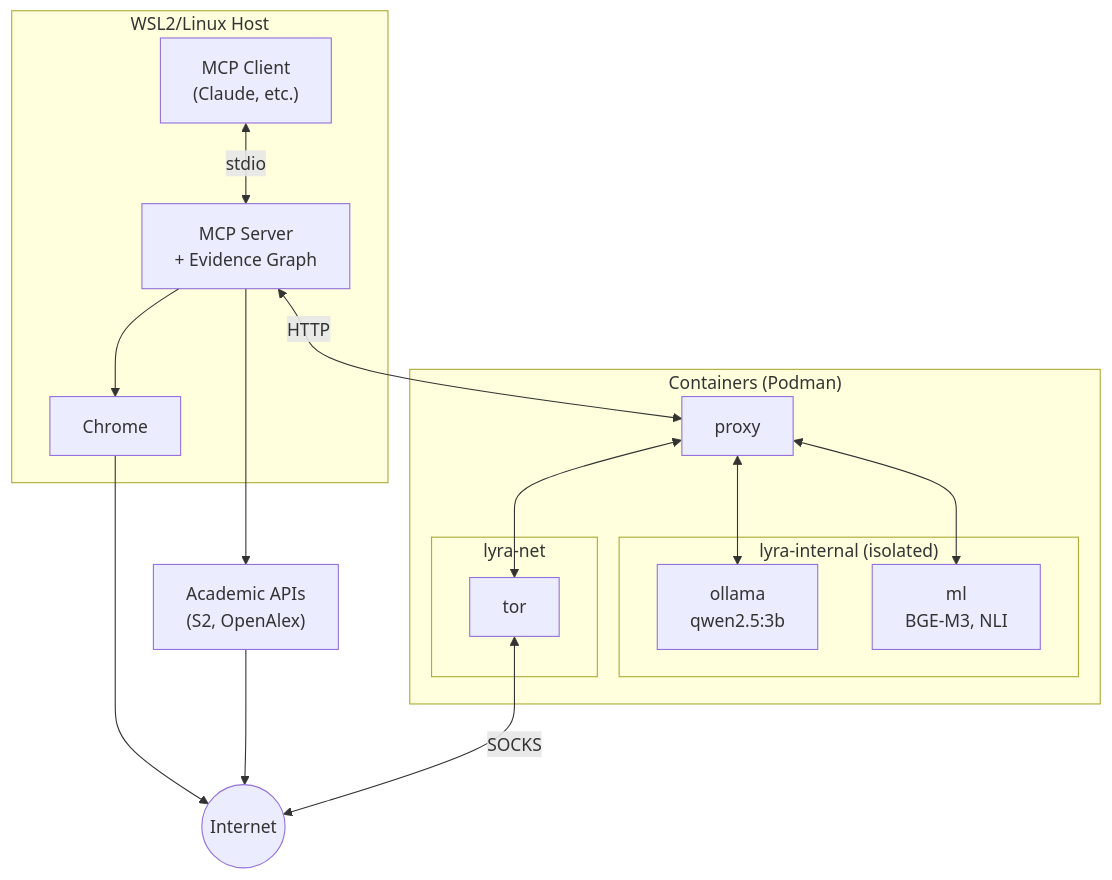
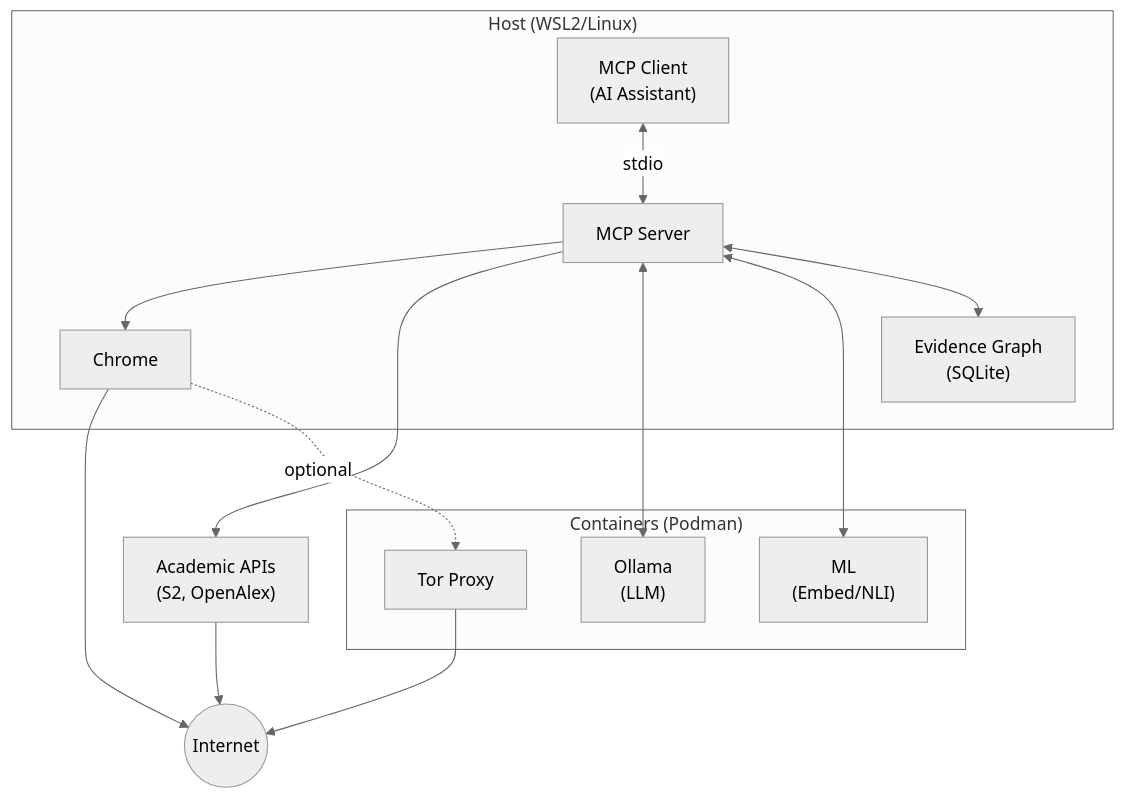
The diagram in docs/figures/figure1-architecture.mmd (k-shibuki/lyra), drawn with Mermaid before and after one commit. The commit also changed 14 other files, not shown here.

First line of the commit message:
docs: update architecture diagrams and documentation

```diff
--- a/docs/figures/figure1-architecture.mmd
+++ b/docs/figures/figure1-architecture.mmd
@@ -1,28 +1,28 @@
+%%{init: {'theme': 'neutral'}}%%
 flowchart TB
-    subgraph Host["WSL2/Linux Host"]
-        MCP["MCP Client<br/>(Claude, etc.)"]
-        Server["MCP Server<br/>+ Evidence Graph"]
+    subgraph Host["Host (WSL2/Linux)"]
+        MCP["MCP Client<br/>(AI Assistant)"]
+        Server["MCP Server"]
+        Graph["Evidence Graph<br/>(SQLite)"]
         Chrome["Chrome"]
     end
+
     subgraph Containers["Containers (Podman)"]
-        subgraph lyra-internal["lyra-internal (isolated)"]
-            Ollama["ollama<br/>qwen2.5:3b"]
-            ML["ml<br/>BGE-M3, NLI"]
-        end
-        Proxy["proxy"]
-        subgraph lyra-net["lyra-net"]
-            Tor["tor"]
-        end
+        Ollama["Ollama<br/>(LLM)"]
+        ML["ML<br/>(Embed/NLI)"]
+        Tor["Tor Proxy"]
     end
+
     Internet((Internet))
     Academic["Academic APIs<br/>(S2, OpenAlex)"]
+
     MCP <-->|stdio| Server
     Server --> Chrome
     Server --> Academic
     Chrome --> Internet
     Academic --> Internet
-    Server <-->|HTTP| Proxy
-    Proxy <--> Ollama
-    Proxy <--> ML
-    Proxy <--> Tor
-    Tor <-->|SOCKS| Internet
+    Server <--> Ollama
+    Server <--> ML
+    Chrome -.->|optional| Tor
+    Tor --> Internet
+    Server <--> Graph
```
